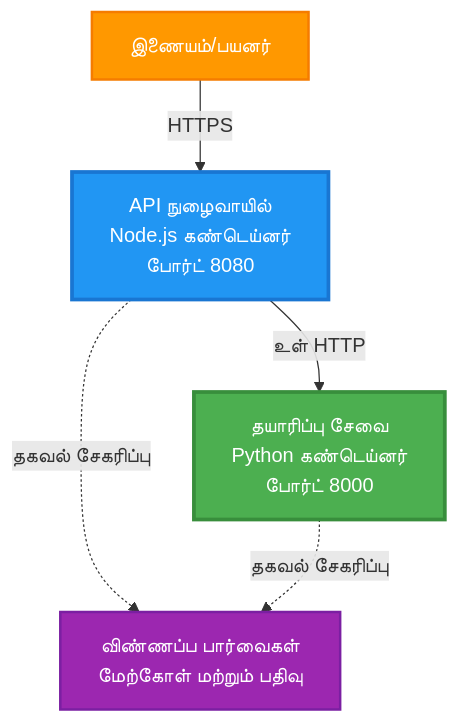
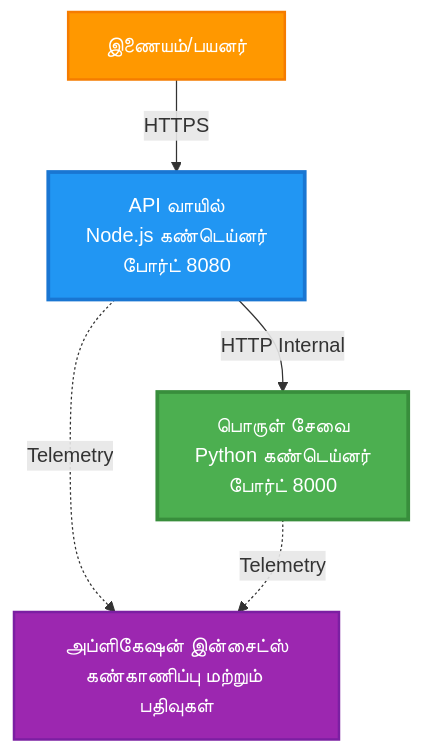
The first of 4 diagrams in translations/ta/examples/microservices/README.md (microsoft/AZD-for-beginners), drawn with Mermaid before and after one commit. The commit also changed other lines of this file and 245 other files, not shown here.

````diff
--- a/translations/ta/examples/microservices/README.md
+++ b/translations/ta/examples/microservices/README.md
@@ -40,17 +31,17 @@
 ```mermaid
 graph TB
     Internet[இணையம்/பயனர்]
-    Gateway[API நுழைவாயில்<br/>Node.js கண்டெய்னர்<br/>போர்ட் 8080]
-    Product[தயாரிப்பு சேவை<br/>Python கண்டெய்னர்<br/>போர்ட் 8000]
-    AppInsights[விண்ணப்ப பார்வைகள்<br/>மேற்கோள் மற்றும் பதிவு]
-
+    Gateway[API வாயில்<br/>Node.js கண்டெய்னர்<br/>போர்ட் 8080]
+    Product[பொருள் சேவை<br/>Python கண்டெய்னர்<br/>போர்ட் 8000]
+    AppInsights[அப்ளிகேஷன் இன்சைட்ஸ்<br/>கண்காணிப்பு மற்றும் பதிவுகள்]
+    
     Internet -->|HTTPS| Gateway
-    Gateway -->|உள் HTTP| Product
-    Gateway -.->|தகவல் சேகரிப்பு| AppInsights
-    Product -.->|தகவல் சேகரிப்பு| AppInsights
-
+    Gateway -->|HTTP Internal| Product
+    Gateway -.->|Telemetry| AppInsights
+    Product -.->|Telemetry| AppInsights
+    
     style Gateway fill:#2196F3,stroke:#1976D2,stroke-width:3px,color:#fff
     style Product fill:#4CAF50,stroke:#388E3C,stroke-width:3px,color:#fff
     style Internet fill:#FF9800,stroke:#F57C00,stroke-width:2px,color:#fff
     style AppInsights fill:#9C27B0,stroke:#7B1FA2,stroke-width:2px,color:#fff
 ```
````
